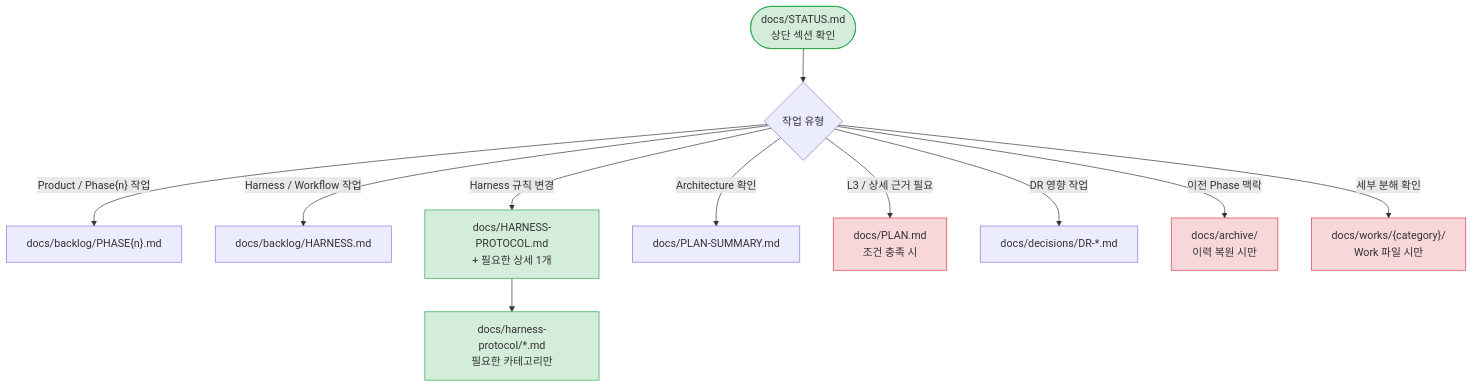
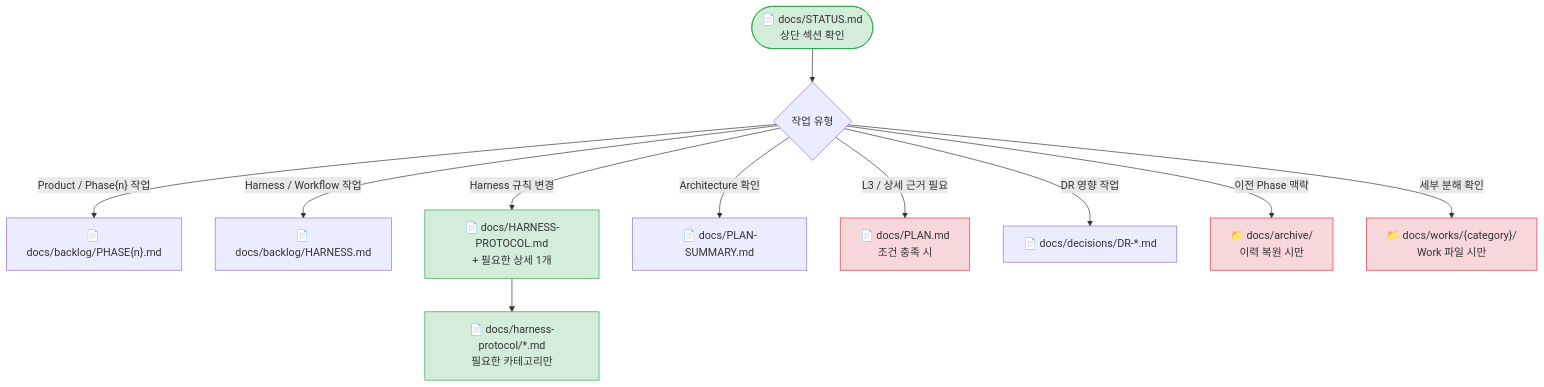
One commit to kyungseo/ai-workflow-harness changed diagram 11 of 14 in docs/WORKFLOW-MANUAL.md. Above: the diagram before and after it, drawn with Mermaid. The commit also changed other lines of this file, not shown here.

First line of the commit message:
docs: WORKFLOW-MANUAL 다이어그램 파일/디렉토리 아이콘 통일

````diff
--- a/docs/WORKFLOW-MANUAL.md
+++ b/docs/WORKFLOW-MANUAL.md
@@ -763,22 +763,22 @@
 ```mermaid
 flowchart TD
-    STATUS(["docs/STATUS.md\n상단 섹션 확인"]) --> ROUTE{"작업 유형"}
+    STATUS(["📄 docs/STATUS.md\n상단 섹션 확인"]) --> ROUTE{"작업 유형"}
 
-    ROUTE -- "Product / Phase{n} 작업" --> PBACKLOG["docs/backlog/PHASE{n}.md"]
-    ROUTE -- "Harness / Workflow 작업" --> HBACKLOG["docs/backlog/HARNESS.md"]
-    ROUTE -- "Harness 규칙 변경" --> HPROTO["docs/HARNESS-PROTOCOL.md\n+ 필요한 상세 1개"]
-    ROUTE -- "Architecture 확인" --> PLAN_S["docs/PLAN-SUMMARY.md"]
-    ROUTE -- "L3 / 상세 근거 필요" --> PLAN["docs/PLAN.md\n조건 충족 시"]
-    ROUTE -- "DR 영향 작업" --> DECISIONS["docs/decisions/DR-*.md"]
-    ROUTE -- "이전 Phase 맥락" --> ARCHIVE["docs/archive/\n이력 복원 시만"]
-    ROUTE -- "세부 분해 확인" --> WORK["docs/works/{category}/\nWork 파일 시만"]
+    ROUTE -- "Product / Phase{n} 작업" --> PBACKLOG["📄 docs/backlog/PHASE{n}.md"]
+    ROUTE -- "Harness / Workflow 작업" --> HBACKLOG["📄 docs/backlog/HARNESS.md"]
+    ROUTE -- "Harness 규칙 변경" --> HPROTO["📄 docs/HARNESS-PROTOCOL.md\n+ 필요한 상세 1개"]
+    ROUTE -- "Architecture 확인" --> PLAN_S["📄 docs/PLAN-SUMMARY.md"]
+    ROUTE -- "L3 / 상세 근거 필요" --> PLAN["📄 docs/PLAN.md\n조건 충족 시"]
+    ROUTE -- "DR 영향 작업" --> DECISIONS["📄 docs/decisions/DR-*.md"]
+    ROUTE -- "이전 Phase 맥락" --> ARCHIVE["📁 docs/archive/\n이력 복원 시만"]
+    ROUTE -- "세부 분해 확인" --> WORK["📁 docs/works/{category}/\nWork 파일 시만"]
 
-    HPROTO --> HDETAIL["docs/harness-protocol/*.md\n필요한 카테고리만"]
+    HPROTO --> HDETAIL["📄 docs/harness-protocol/*.md\n필요한 카테고리만"]
 
     style STATUS fill:#d4edda,stroke:#28a745
     style HPROTO fill:#d4edda,stroke:#28a745
     style HDETAIL fill:#d4edda,stroke:#28a745
     style PLAN fill:#f8d7da,stroke:#dc3545
     style ARCHIVE fill:#f8d7da,stroke:#dc3545
     style WORK fill:#f8d7da,stroke:#dc3545
 ```
````
